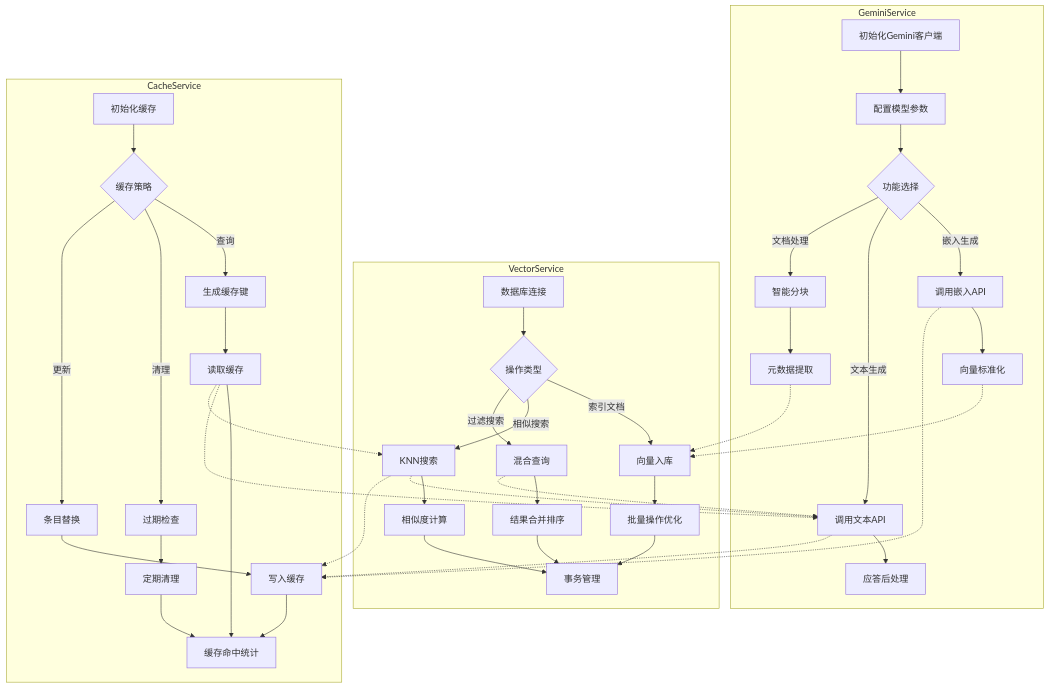
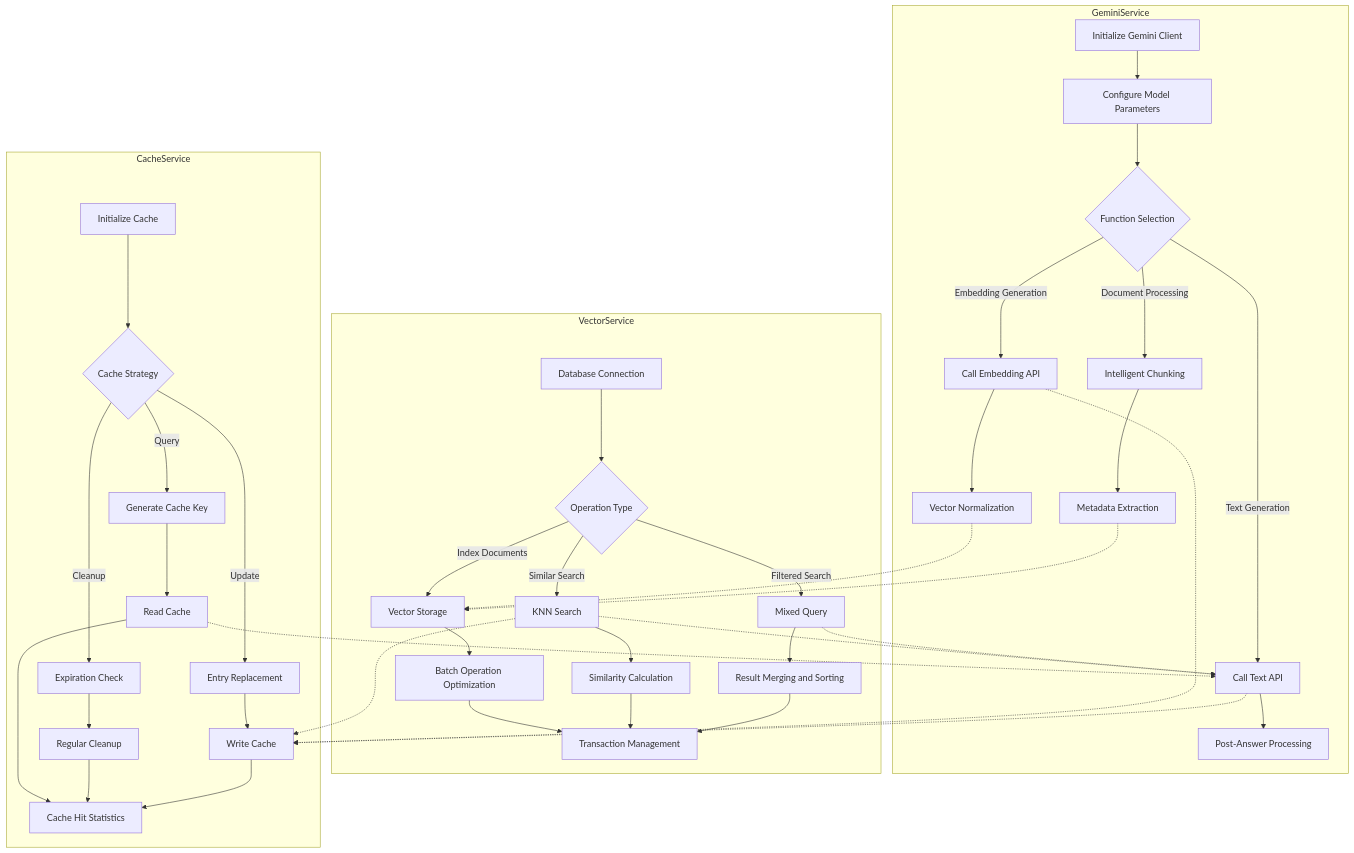
Before and after one commit to zking2000/gemini-vector-search: the sixth of 10 diagrams in README.md, drawn with Mermaid. The commit also changed other lines of this file and 13 other files, not shown here.

````diff
--- a/README.md
+++ b/README.md
@@ -749,53 +738,52 @@
 ```mermaid
 graph TB
-    %% GeminiService内部逻辑
+    %% GeminiService Internal Logic
     subgraph "GeminiService"
-        G1[初始化Gemini客户端] --> G2[配置模型参数]
-        G2 --> G3{功能选择}
-        G3 -->|嵌入生成| G4[调用嵌入API]
-        G3 -->|文本生成| G5[调用文本API]
-        G3 -->|文档处理| G6[智能分块]
-        G4 --> G7[向量标准化]
-        G5 --> G8[应答后处理]
-        G6 --> G9[元数据提取]
+        G1[Initialize Gemini Client] --> G2[Configure Model Parameters]
+        G2 --> G3{Function Selection}
+        G3 -->|Embedding Generation| G4[Call Embedding API]
+        G3 -->|Text Generation| G5[Call Text API]
+        G3 -->|Document Processing| G6[Intelligent Chunking]
+        G4 --> G7[Vector Normalization]
+        G5 --> G8[Post-Answer Processing]
+        G6 --> G9[Metadata Extraction]
     end
     
-    %% VectorService内部逻辑
+    %% VectorService Internal Logic
     subgraph "VectorService"
-        V1[数据库连接] --> V2{操作类型}
-        V2 -->|索引文档| V3[向量入库]
-        V2 -->|相似搜索| V4[KNN搜索]
-        V2 -->|过滤搜索| V5[混合查询]
-        V3 --> V6[批量操作优化]
-        V4 --> V7[相似度计算]
-        V5 --> V8[结果合并排序]
-        V6 --> V9[事务管理]
+        V1[Database Connection] --> V2{Operation Type}
+        V2 -->|Index Documents| V3[Vector Storage]
+        V2 -->|Similar Search| V4[KNN Search]
+        V2 -->|Filtered Search| V5[Mixed Query]
+        V3 --> V6[Batch Operation Optimization]
+        V4 --> V7[Similarity Calculation]
+        V5 --> V8[Result Merging and Sorting]
+        V6 --> V9[Transaction Management]
         V7 --> V9
         V8 --> V9
     end
     
-    %% CacheService内部逻辑
+    %% CacheService Internal Logic
     subgraph "CacheService"
-        C1[初始化缓存] --> C2{缓存策略}
-        C2 -->|查询| C3[生成缓存键]
-        C2 -->|清理| C4[过期检查]
-        C2 -->|更新| C5[条目替换]
-        C3 --> C6[读取缓存]
-        C4 --> C7[定期清理]
-        C5 --> C8[写入缓存]
-        C6 --> C9[缓存命中统计]
+        C1[Initialize Cache] --> C2{Cache Strategy}
+        C2 -->|Query| C3[Generate Cache Key]
+        C2 -->|Cleanup| C4[Expiration Check]
+        C2 -->|Update| C5[Entry Replacement]
+        C3 --> C6[Read Cache]
+        C4 --> C7[Regular Cleanup]
+        C5 --> C8[Write Cache]
+        C6 --> C9[Cache Hit Statistics]
         C7 --> C9
         C8 --> C9
     end
     
-    %% 服务间交互
+    %% Service Interactions
     G7 -.-> V3
     G9 -.-> V3
     V4 -.-> G5
     V5 -.-> G5
     G4 -.-> C8
     G5 -.-> C8
     V4 -.-> C8
     C6 -.-> G5
-    C6 -.-> V4
 ```
````
